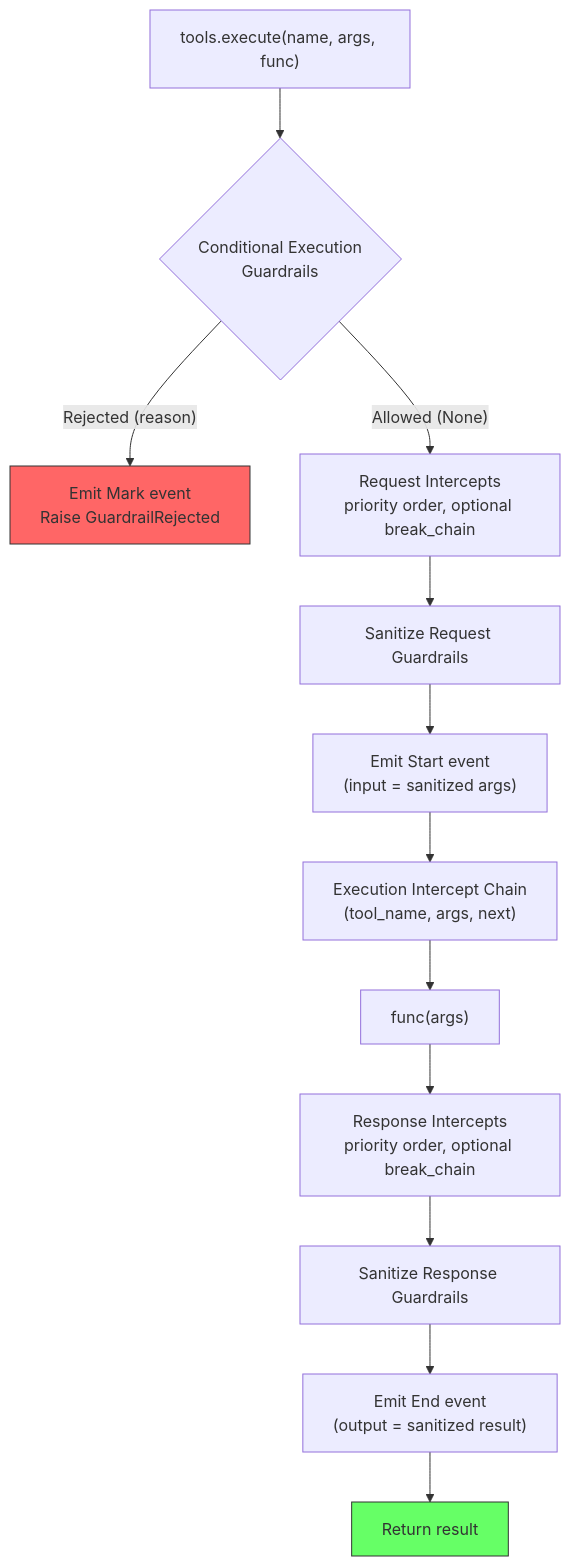
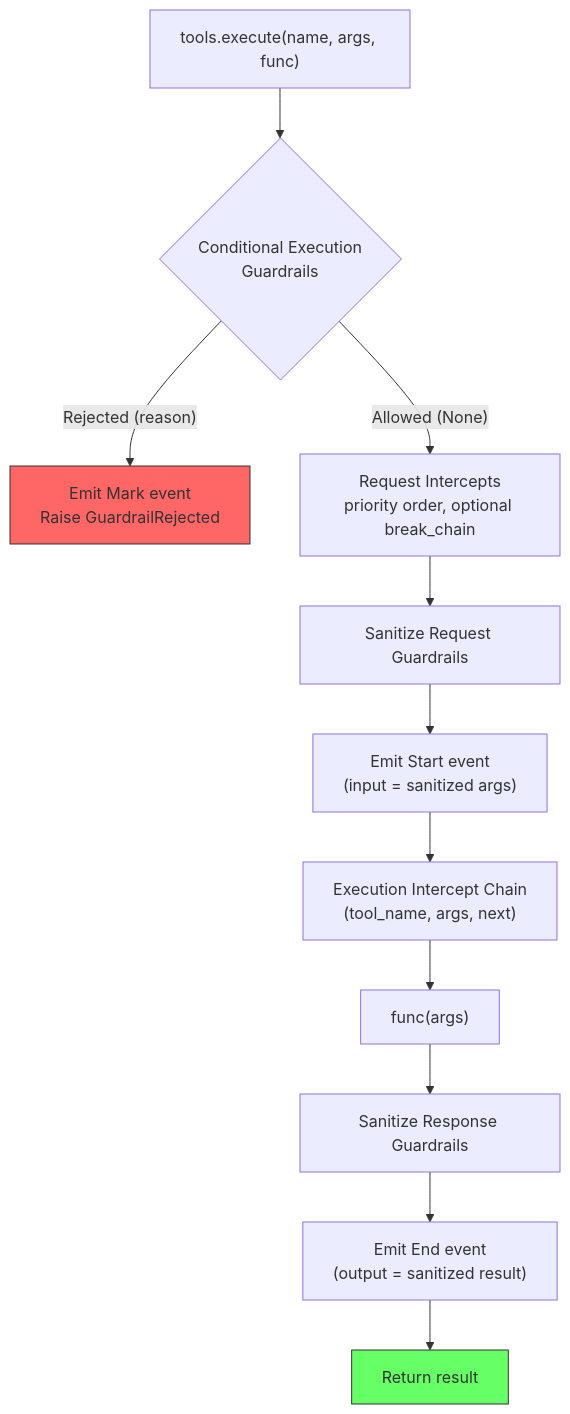
Before and after one commit to NVIDIA/NeMo-Relay: the first of 3 diagrams in docs/middleware-pipeline.md, drawn with Mermaid. The commit also changed other lines of this file and 40 other files, not shown here.

First line of the commit message:
remove (tool) response intercepts

````diff
--- a/docs/middleware-pipeline.md
+++ b/docs/middleware-pipeline.md
@@ -14,17 +14,16 @@
 ```mermaid
 flowchart TD
     A["tools.execute(name, args, func)"] --> B{Conditional Execution<br/>Guardrails}
     B -->|"Rejected (reason)"| C["Emit Mark event<br/>Raise GuardrailRejected"]
     B -->|"Allowed (None)"| D[Request Intercepts<br/>priority order, optional break_chain]
     D --> E[Sanitize Request Guardrails]
     E --> F["Emit Start event<br/>(input = sanitized args)"]
     F --> G["Execution Intercept Chain<br/>(tool_name, args, next)"]
     G --> H["func(args)"]
-    H --> I[Response Intercepts<br/>priority order, optional break_chain]
-    I --> J[Sanitize Response Guardrails]
+    H --> J[Sanitize Response Guardrails]
     J --> K["Emit End event<br/>(output = sanitized result)"]
     K --> L[Return result]
 
     style C fill:#f66,stroke:#333
     style L fill:#6f6,stroke:#333
 ```
````
